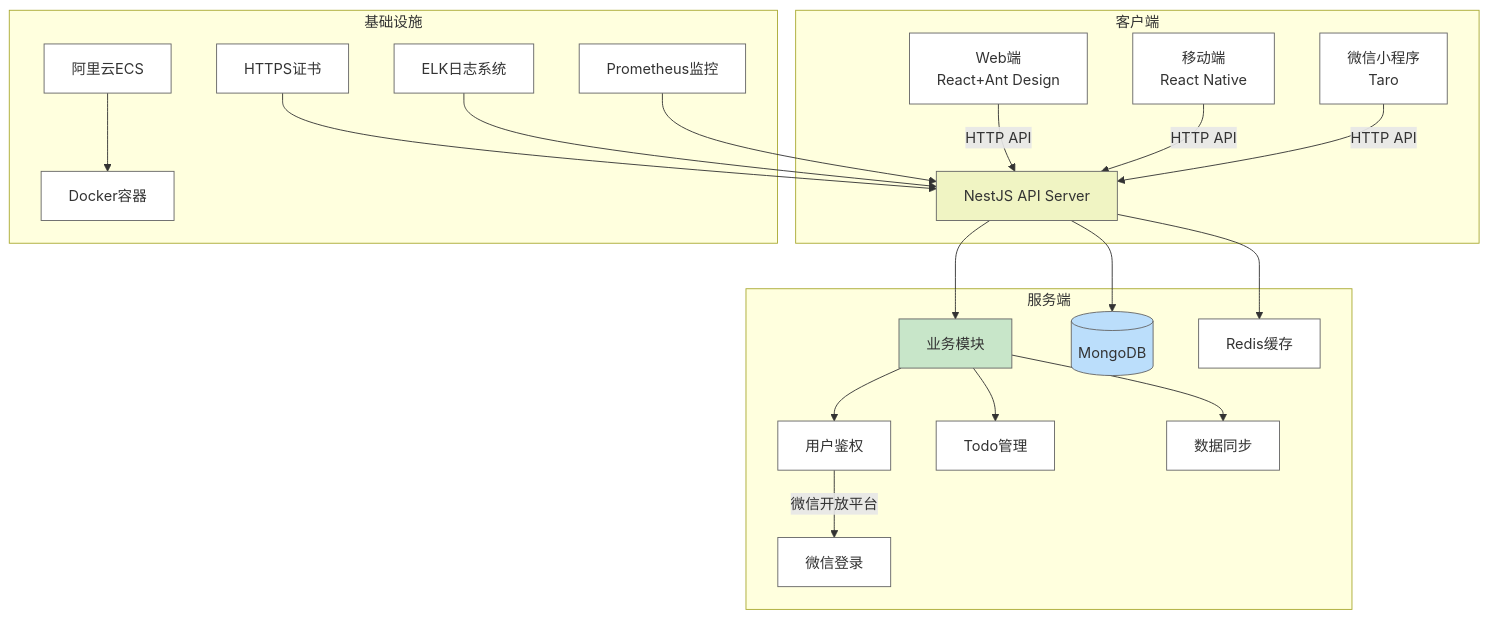
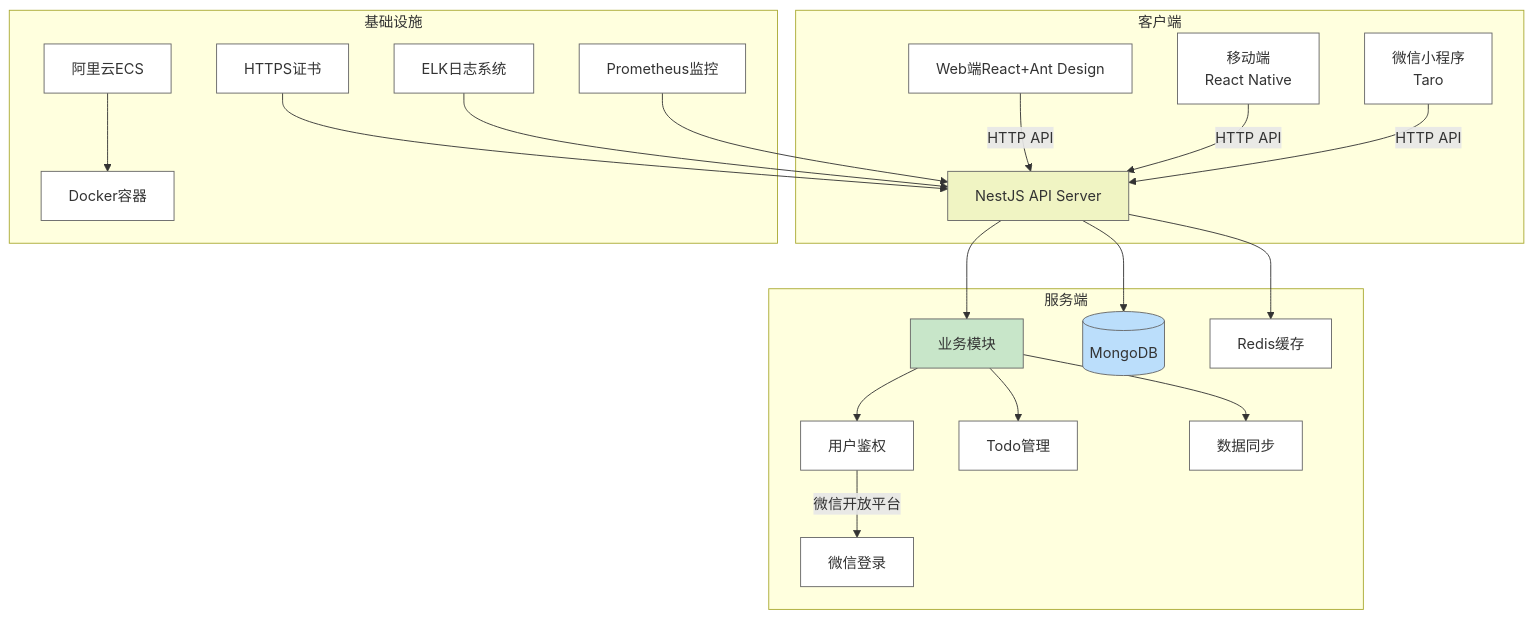
Before and after one commit to zjgsu-mi-practice/docs: the first of 3 diagrams in architecture/README.md, drawn with Mermaid.

Commit message:
docs(architecture): Refine client section in system architecture diagram
Update client section of architecture README with:
- Simplified client technology labels
- Use of line breaks for better readability
- Maintained overall diagram structure and flow

````diff
--- a/architecture/README.md
+++ b/architecture/README.md
@@ -4,31 +4,31 @@
 ```mermaid
 flowchart TB
     subgraph 客户端
-        A[Web端\nReact+Ant Design] -->|HTTP API| D
-        B[移动端\nReact Native] -->|HTTP API| D
-        C[微信小程序\nTaro] -->|HTTP API| D
+        A[Web端React+Ant Design] -->|HTTP API| D
+        B[移动端<br>React Native] -->|HTTP API| D
+        C[微信小程序<br>Taro] -->|HTTP API| D
     end
 
     subgraph 服务端
         D[NestJS API Server] --> E[业务模块]
         E --> F[用户鉴权]
         E --> G[Todo管理]
         E --> H[数据同步]
         D --> I[(MongoDB)]
         D --> J[Redis缓存]
         F -->|微信开放平台| K[微信登录]
     end
 
     subgraph 基础设施
         L[阿里云ECS] --> M[Docker容器]
         N[HTTPS证书] --> D
         O[ELK日志系统] --> D
         P[Prometheus监控] --> D
     end
 
     style D fill:#F0F4C3
     style E fill:#C8E6C9
     style I fill:#BBDEFB
     classDef tech fill:#fff,stroke:#666;
     class A,B,C,D,E,F,G,H,I,J,K,L,M,N,O,P tech
 ```
````
